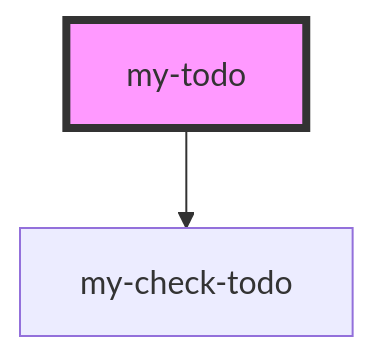
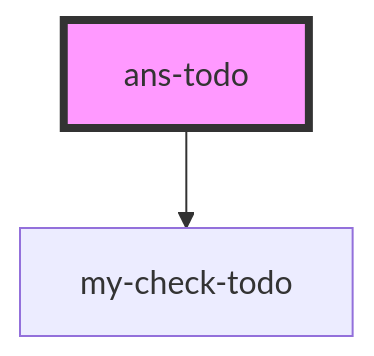
One commit to shingo1551/r3g changed the diagram in stencil-component/src/components/ans-todo/readme.md. Above: the diagram before and after it, drawn with Mermaid. The commit also changed 42 other files, not shown here.

````diff
--- a/stencil-component/src/components/ans-todo/readme.md
+++ b/stencil-component/src/components/ans-todo/readme.md
@@ -15,5 +15,5 @@
 ```mermaid
 graph TD;
-  my-todo --> my-check-todo
-  style my-todo fill:#f9f,stroke:#333,stroke-width:4px
+  ans-todo --> my-check-todo
+  style ans-todo fill:#f9f,stroke:#333,stroke-width:4px
 ```
````
